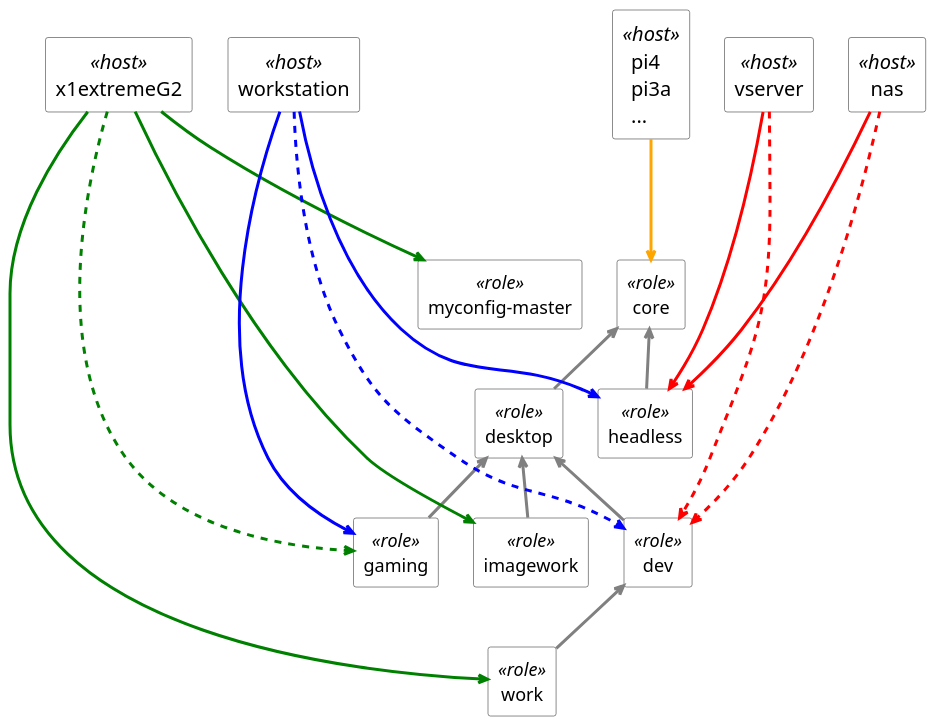
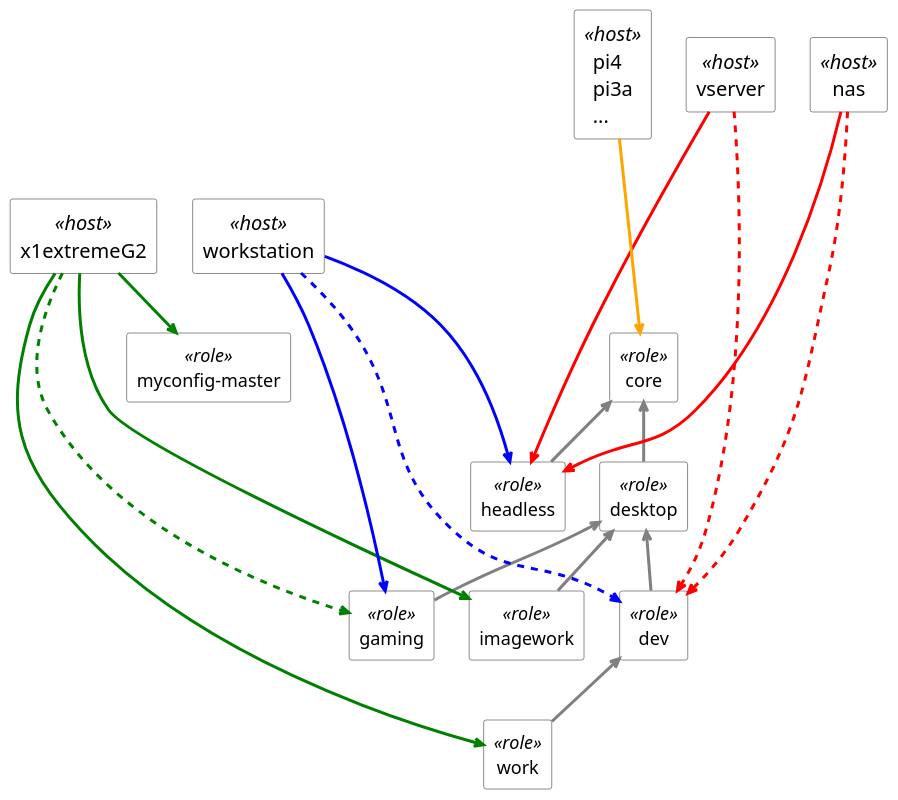
Before and after one commit to maxhbr/myconfig: the diagram in README.puml, drawn with PlantUML. The commit also changed 2 other files, not shown here.

```diff
--- a/README.puml
+++ b/README.puml
@@ -1,63 +1,67 @@
+@startuml ./README
+
 skinparam Arrow {
     Color #gray
     FontSize 16
     Thickness 3
 }
 
 skinparam rectangle<<role>> {
     BackgroundColor white
     FontSize 18
 }
 
 skinparam rectangle<<host>> {
     BackgroundColor white
     FontSize 20
 }
 
 ' Roles
 '################################################
 together {
 rectangle core <<role>>
 rectangle headless <<role>>
 rectangle desktop <<role>>
 rectangle dev <<role>>
 rectangle gaming <<role>>
 rectangle imagework <<role>>
 rectangle work <<role>>
-rectangle "myconfig-master" <<role>> as master
 
 core <-- headless
 core <-- desktop
 desktop <-- dev
 desktop <-- gaming
 desktop <-- imagework
 dev <-- work
 }
 
 ' Hosts
 '################################################
 together {
 rectangle x1extremeG2 <<host>>
 x1extremeG2 -[#green]--> work
 x1extremeG2 -[#green,dashed]--> gaming
 x1extremeG2 -[#green]--> imagework
-x1extremeG2 -[#green]--> master
+rectangle "myconfig-master" <<role>> as master
+x1extremeG2 -[#green]-> master
 
 rectangle workstation <<host>>
 workstation -[#blue]--> gaming
 workstation -[#blue,dashed]--> dev
 workstation -[#blue]--> headless
 }
 
 together {
 rectangle nas <<host>>
 nas -[#red]--> headless
 nas -[#red,dashed]--> dev
 
 rectangle vserver <<host>>
 vserver -[#red]--> headless
 vserver -[#red,dashed]--> dev
 
 rectangle "pi4\npi3a\n..." <<host>> as pis
 pis -[#orange]--> core
 }
+
+@enduml
```
